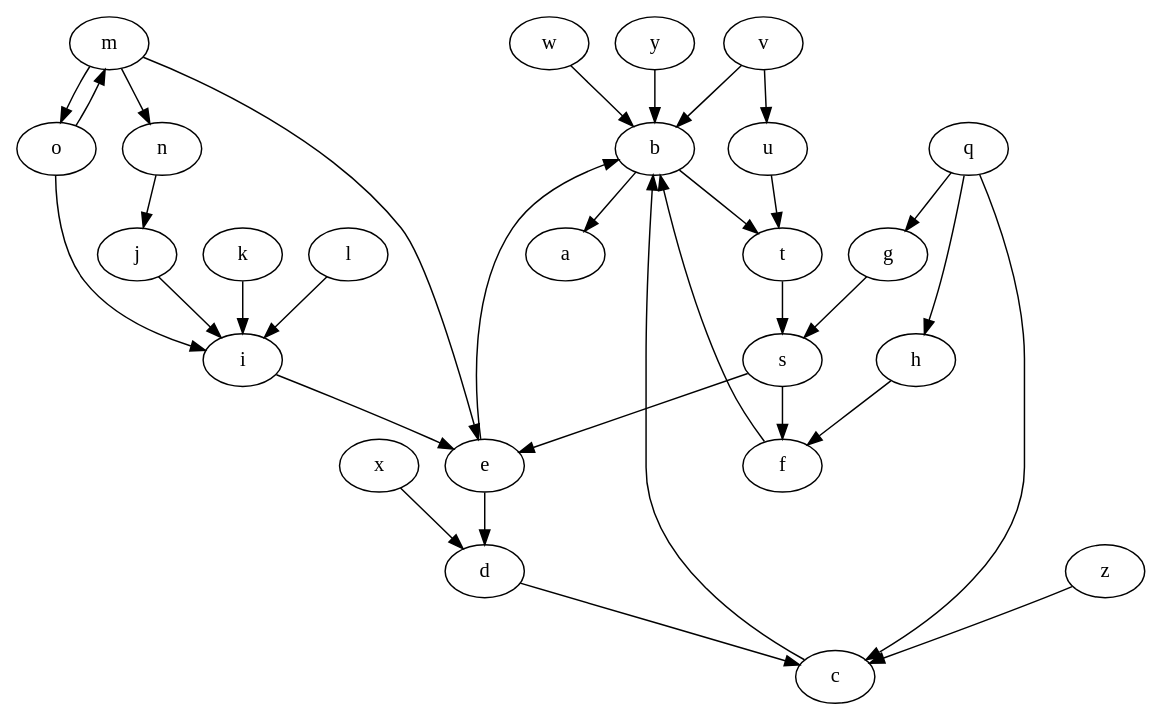
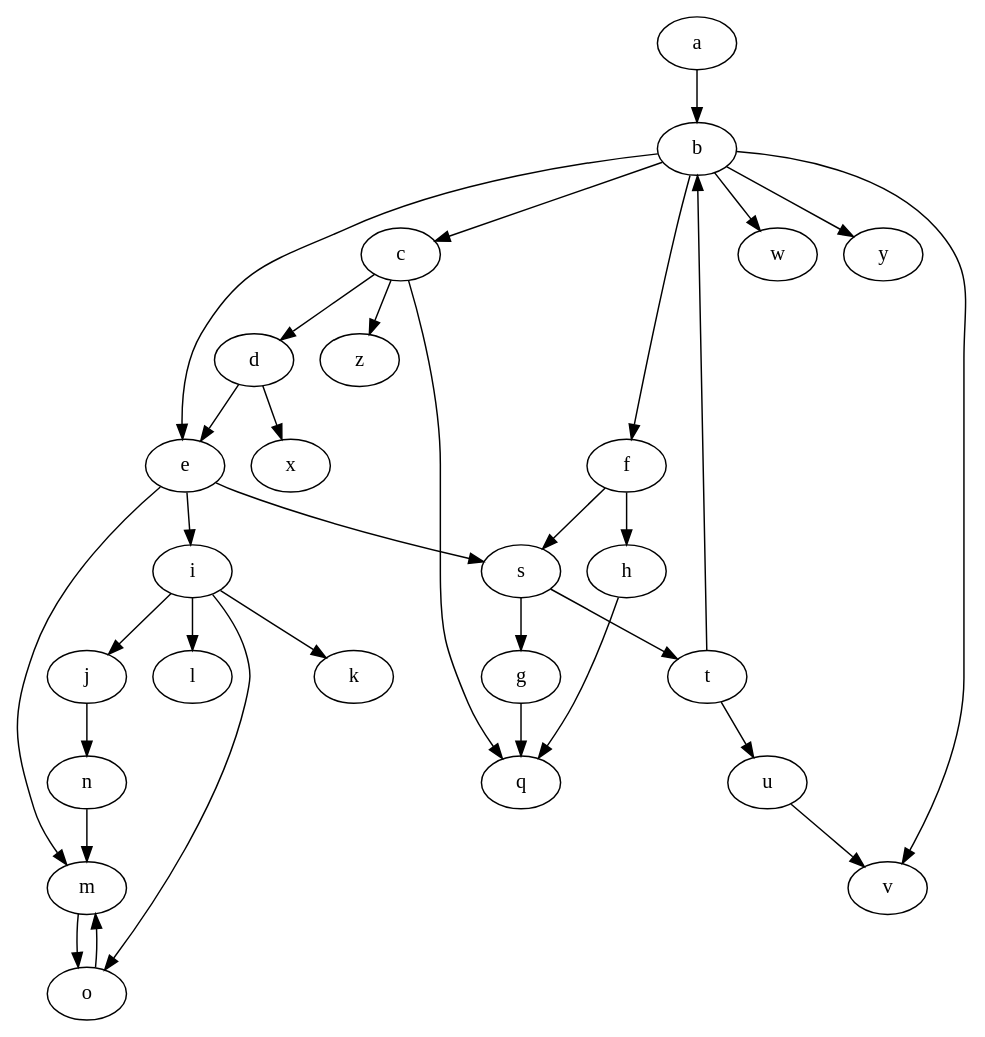
One commit to idaks/Games-and-Argumentation changed the diagram in XLoKR-2023/1-Vanilla_version/output/plain_graph.dot. Above: the diagram before and after it, drawn with Graphviz. The commit also changed 25 other files, not shown here.

Commit message:
fix the input graph

```diff
--- a/XLoKR-2023/1-Vanilla_version/output/plain_graph.dot
+++ b/XLoKR-2023/1-Vanilla_version/output/plain_graph.dot
@@ -1,34 +1,34 @@
 strict digraph "" {
-	b -> a	[dir=forward];
-	b -> t	[dir=forward];
-	t -> s	[dir=forward];
-	c -> b	[dir=forward];
-	d -> c	[dir=forward];
-	e -> b	[dir=forward];
-	e -> d	[dir=forward];
-	f -> b	[dir=forward];
-	g -> s	[dir=forward];
-	s -> e	[dir=forward];
-	s -> f	[dir=forward];
-	h -> f	[dir=forward];
-	i -> e	[dir=forward];
-	j -> i	[dir=forward];
-	k -> i	[dir=forward];
-	l -> i	[dir=forward];
-	m -> e	[dir=forward];
+	a -> b	[dir=forward];
+	b -> c	[dir=forward];
+	b -> e	[dir=forward];
+	b -> f	[dir=forward];
+	b -> v	[dir=forward];
+	b -> w	[dir=forward];
+	b -> y	[dir=forward];
+	t -> b	[dir=forward];
+	t -> u	[dir=forward];
+	c -> d	[dir=forward];
+	c -> q	[dir=forward];
+	c -> z	[dir=forward];
+	d -> e	[dir=forward];
+	d -> x	[dir=forward];
+	e -> s	[dir=forward];
+	e -> i	[dir=forward];
+	e -> m	[dir=forward];
+	f -> s	[dir=forward];
+	f -> h	[dir=forward];
+	s -> t	[dir=forward];
+	s -> g	[dir=forward];
+	g -> q	[dir=forward];
+	h -> q	[dir=forward];
+	i -> j	[dir=forward];
+	i -> k	[dir=forward];
+	i -> l	[dir=forward];
+	i -> o	[dir=forward];
+	j -> n	[dir=forward];
 	m -> o	[dir=forward];
-	m -> n	[dir=forward];
-	o -> i	[dir=forward];
 	o -> m	[dir=forward];
-	n -> j	[dir=forward];
-	q -> c	[dir=forward];
-	q -> g	[dir=forward];
-	q -> h	[dir=forward];
-	u -> t	[dir=forward];
-	v -> b	[dir=forward];
-	v -> u	[dir=forward];
-	w -> b	[dir=forward];
-	x -> d	[dir=forward];
-	y -> b	[dir=forward];
-	z -> c	[dir=forward];
+	n -> m	[dir=forward];
+	u -> v	[dir=forward];
 }
```
